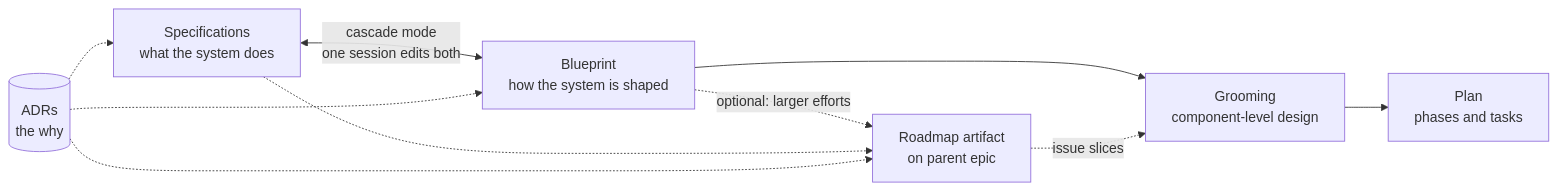
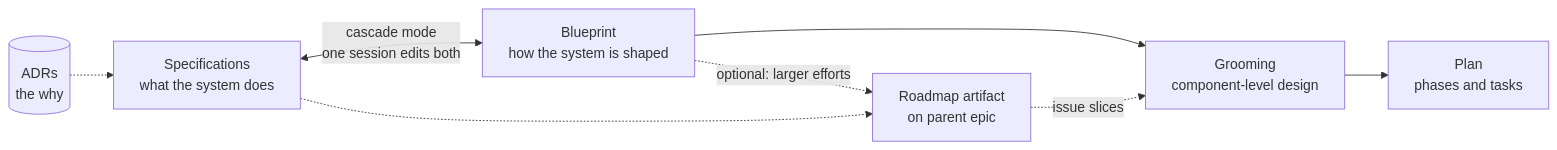
One commit to workinprogress-ai/devenv changed the second of 10 diagrams in docs/Workflow.md. Above: the diagram before and after it, drawn with Mermaid. The commit also changed other lines of this file and 47 other files, not shown here.

````diff
--- a/docs/Workflow.md
+++ b/docs/Workflow.md
@@ -583,12 +583,10 @@
 ```mermaid
 flowchart LR
     SPEC[Specifications<br/>what the system does] <-->|"cascade mode<br/>one session edits both"| BP[Blueprint<br/>how the system is shaped]
     BP --> GR[Grooming<br/>component-level design]
     BP -.->|"optional: larger efforts"| RM[Roadmap artifact<br/>on parent epic]
     SPEC -.-> RM
     RM -.->|"issue slices"| GR
     GR --> PLAN[Plan<br/>phases and tasks]
     ADR[(ADRs<br/>the why)] -.-> SPEC
-    ADR -.-> BP
-    ADR -.-> RM
 ```
````
